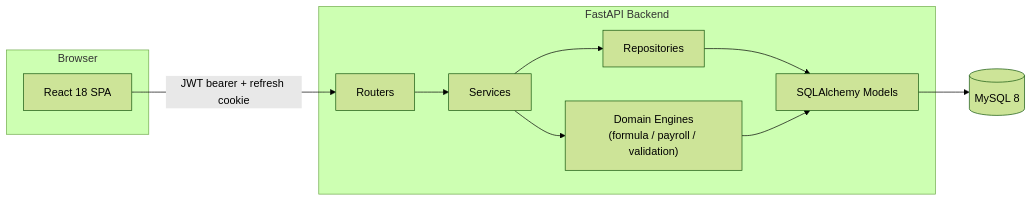
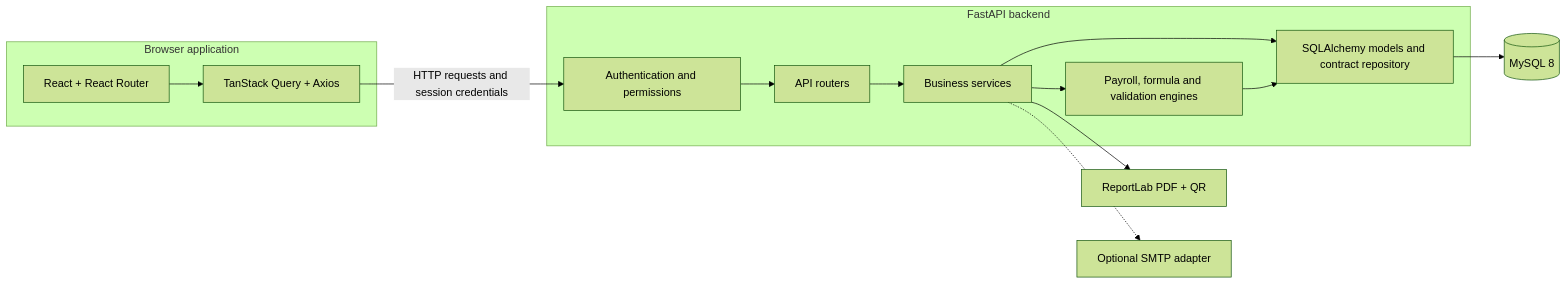
One commit to sanket913/odoo-hackathon-2026-team-726 changed the first of 5 diagrams in README.md. Above: the diagram before and after it, drawn with Mermaid (forest theme). The commit also changed other lines of this file, not shown here.

Commit message:
Document final submission with verified Mermaid diagrams and setup guide

````diff
--- a/README.md
+++ b/README.md
@@ -34,16 +37,23 @@
 ```mermaid
 flowchart LR
-    subgraph Client["Browser"]
-        UI["React 18 SPA"]
+    subgraph Browser["Browser application"]
+        UI["React + React Router"]
+        Query["TanStack Query + Axios"]
+        UI --> Query
     end
-    subgraph Server["FastAPI Backend"]
-        RT["Routers"] --> SV["Services"]
-        SV --> RP["Repositories"]
-        SV --> EN["Domain Engines\n(formula / payroll / validation)"]
-        RP --> MD["SQLAlchemy Models"]
-        EN --> MD
+    subgraph API["FastAPI backend"]
+        Auth["Authentication and permissions"]
+        Routes["API routers"]
+        Services["Business services"]
+        Engines["Payroll, formula and validation engines"]
+        Models["SQLAlchemy models and contract repository"]
+        Auth --> Routes --> Services
+        Services --> Engines
+        Services --> Models
+        Engines --> Models
     end
-    DB[("MySQL 8")]
-    UI -- "JWT bearer + refresh cookie" --> RT
-    MD --> DB
+    Query -->|"HTTP requests and session credentials"| Auth
+    Models --> DB[("MySQL 8")]
+    Services --> PDF["ReportLab PDF + QR"]
+    Services -.-> SMTP["Optional SMTP adapter"]
 ```
````
